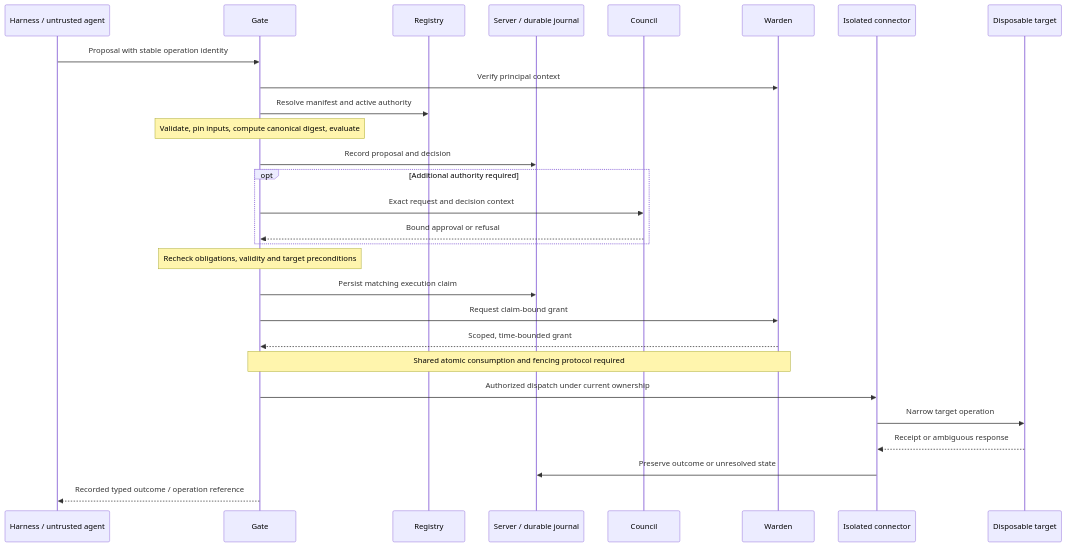
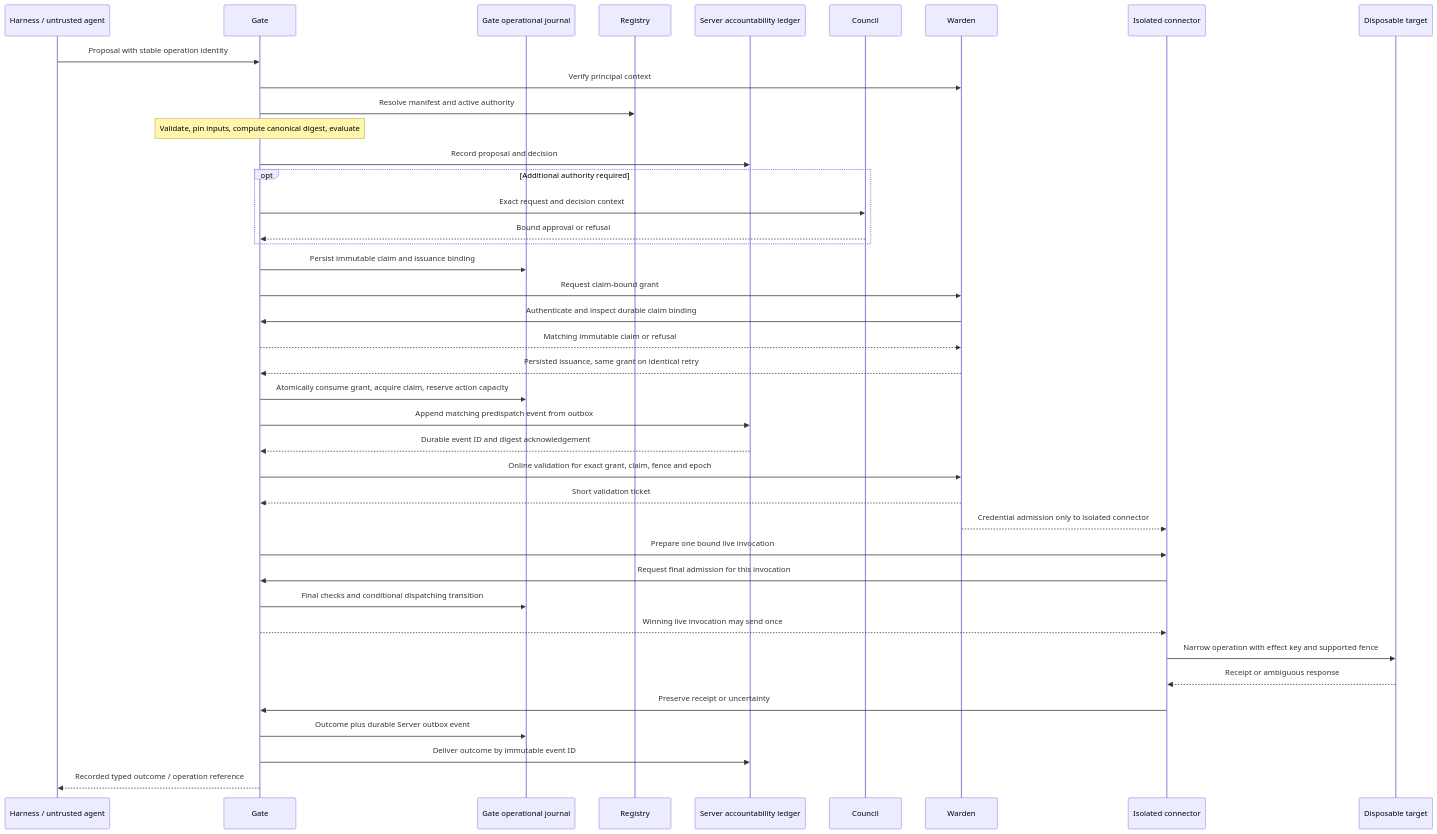
One commit to iokaio/munarium-platform changed the diagram in docs/architecture/system-boundaries.md. Above: the diagram before and after it, drawn with Mermaid. The commit also changed other lines of this file and 25 other files, not shown here.

````diff
--- a/docs/architecture/system-boundaries.md
+++ b/docs/architecture/system-boundaries.md
@@ -30,30 +30,42 @@
 ```mermaid
 sequenceDiagram
     participant H as Harness / untrusted agent
     participant G as Gate
+    participant J as Gate operational journal
     participant R as Registry
-    participant S as Server / durable journal
+    participant S as Server accountability ledger
     participant C as Council
     participant W as Warden
     participant X as Isolated connector
     participant T as Disposable target
     H->>G: Proposal with stable operation identity
     G->>W: Verify principal context
     G->>R: Resolve manifest and active authority
     Note over G: Validate, pin inputs, compute canonical digest, evaluate
     G->>S: Record proposal and decision
     opt Additional authority required
         G->>C: Exact request and decision context
         C-->>G: Bound approval or refusal
     end
-    Note over G: Recheck obligations, validity and target preconditions
-    G->>S: Persist matching execution claim
+    G->>J: Persist immutable claim and issuance binding
     G->>W: Request claim-bound grant
-    W-->>G: Scoped, time-bounded grant
-    Note over G,W: Shared atomic consumption and fencing protocol required
-    G->>X: Authorized dispatch under current ownership
-    X->>T: Narrow target operation
+    W->>G: Authenticate and inspect durable claim binding
+    G-->>W: Matching immutable claim or refusal
+    W-->>G: Persisted issuance, same grant on identical retry
+    G->>J: Atomically consume grant, acquire claim, reserve action capacity
+    G->>S: Append matching predispatch event from outbox
+    S-->>G: Durable event ID and digest acknowledgement
+    G->>W: Online validation for exact grant, claim, fence and epoch
+    W-->>G: Short validation ticket
+    W-->>X: Credential admission only to isolated connector
+    G->>X: Prepare one bound live invocation
+    X->>G: Request final admission for this invocation
+    G->>J: Final checks and conditional dispatching transition
+    G-->>X: Winning live invocation may send once
+    X->>T: Narrow operation with effect key and supported fence
     T-->>X: Receipt or ambiguous response
-    X->>S: Preserve outcome or unresolved state
+    X->>G: Preserve receipt or uncertainty
+    G->>J: Outcome plus durable Server outbox event
+    G->>S: Deliver outcome by immutable event ID
     G-->>H: Recorded typed outcome / operation reference
 ```
````
